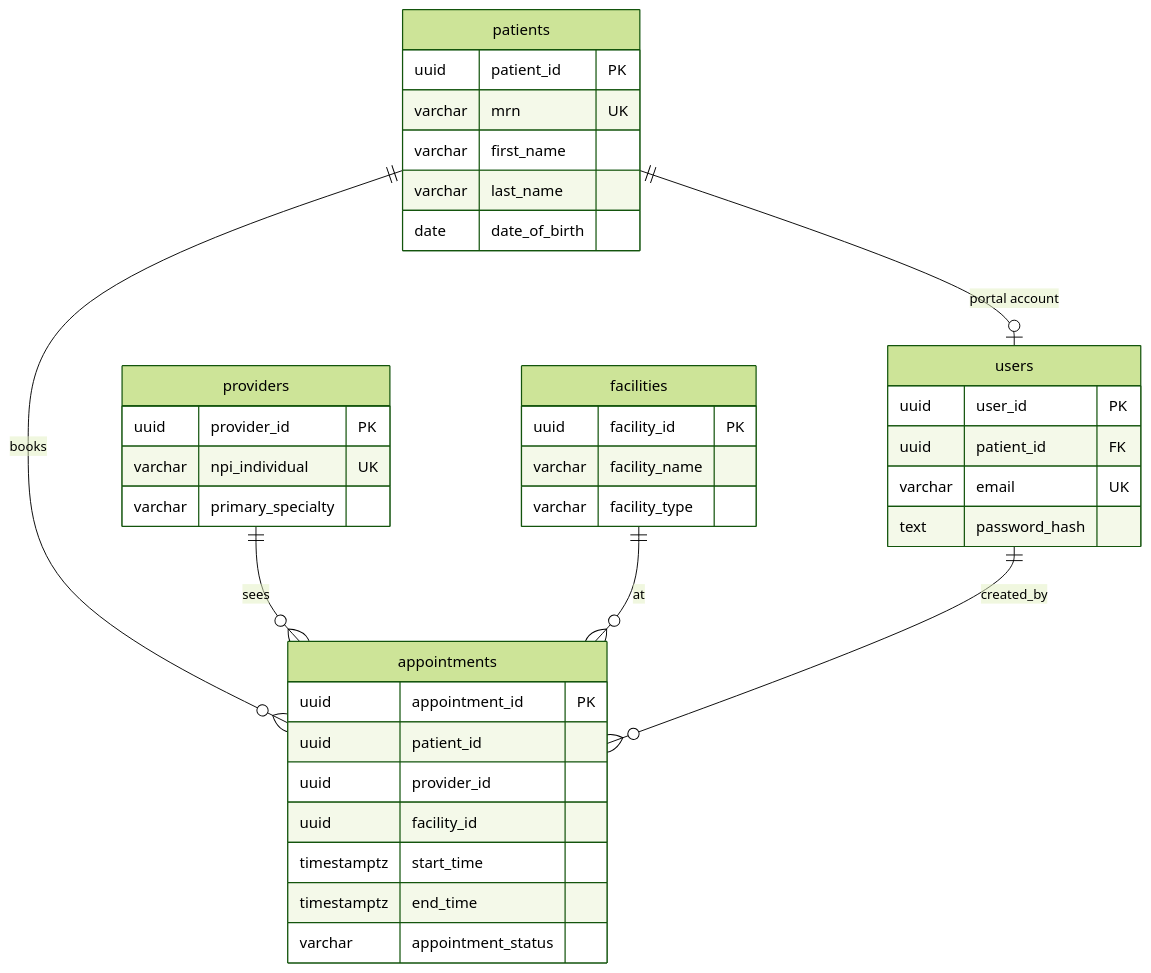
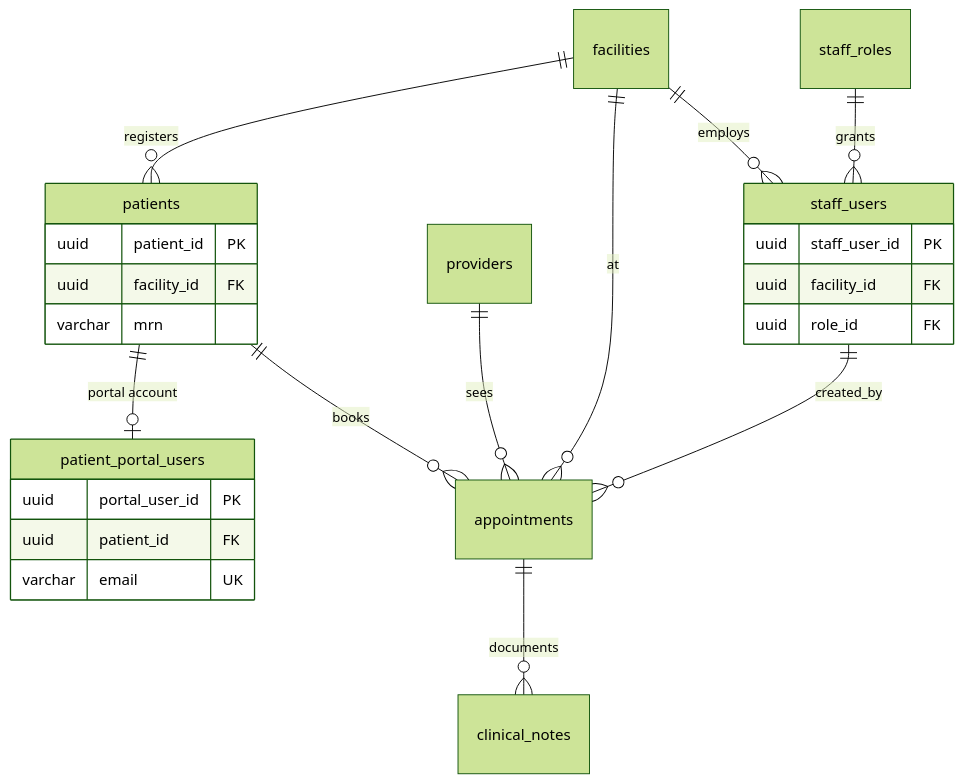
Before and after one commit to mdmullendore/postgres-ehr-architecture: the diagram in README.md, drawn with Mermaid (forest theme). The commit also changed other lines of this file and 14 other files, not shown here.

````diff
--- a/README.md
+++ b/README.md
@@ -21,45 +25,30 @@
 ```mermaid
 erDiagram
-    patients ||--o| users : "portal account"
+    facilities ||--o{ staff_users : "employs"
+    facilities ||--o{ patients : "registers"
+    staff_roles ||--o{ staff_users : "grants"
+    patients ||--o| patient_portal_users : "portal account"
     patients ||--o{ appointments : "books"
     providers ||--o{ appointments : "sees"
     facilities ||--o{ appointments : "at"
-    users ||--o{ appointments : "created_by"
+    appointments ||--o{ clinical_notes : "documents"
+    staff_users ||--o{ appointments : "created_by"
 
     patients {
         uuid patient_id PK
-        varchar mrn UK
-        varchar first_name
-        varchar last_name
-        date date_of_birth
+        uuid facility_id FK
+        varchar mrn
     }
 
-    users {
-        uuid user_id PK
+    patient_portal_users {
+        uuid portal_user_id PK
         uuid patient_id FK
         varchar email UK
-        text password_hash
     }
 
-    providers {
-        uuid provider_id PK
-        varchar npi_individual UK
-        varchar primary_specialty
-    }
-
-    facilities {
-        uuid facility_id PK
-        varchar facility_name
-        varchar facility_type
-    }
-
-    appointments {
-        uuid appointment_id PK
-        uuid patient_id
-        uuid provider_id
-        uuid facility_id
-        timestamptz start_time
-        timestamptz end_time
-        varchar appointment_status
+    staff_users {
+        uuid staff_user_id PK
+        uuid facility_id FK
+        uuid role_id FK
     }
 ```
````
